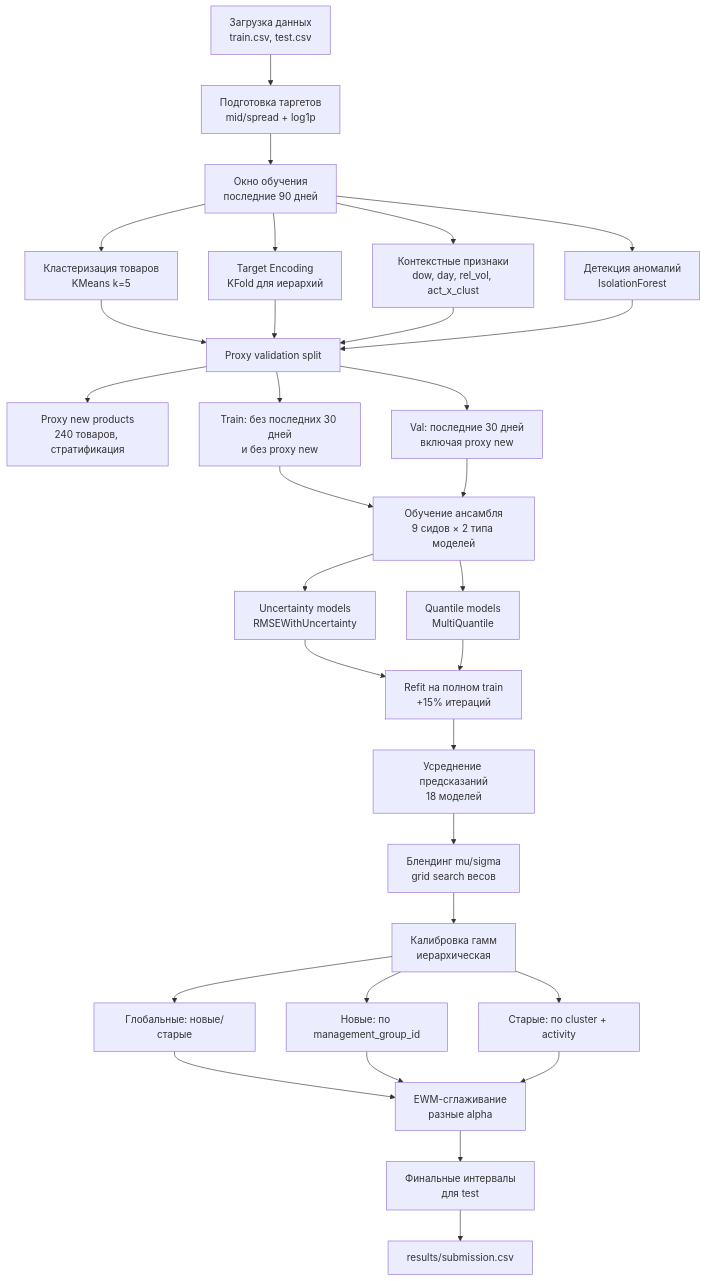
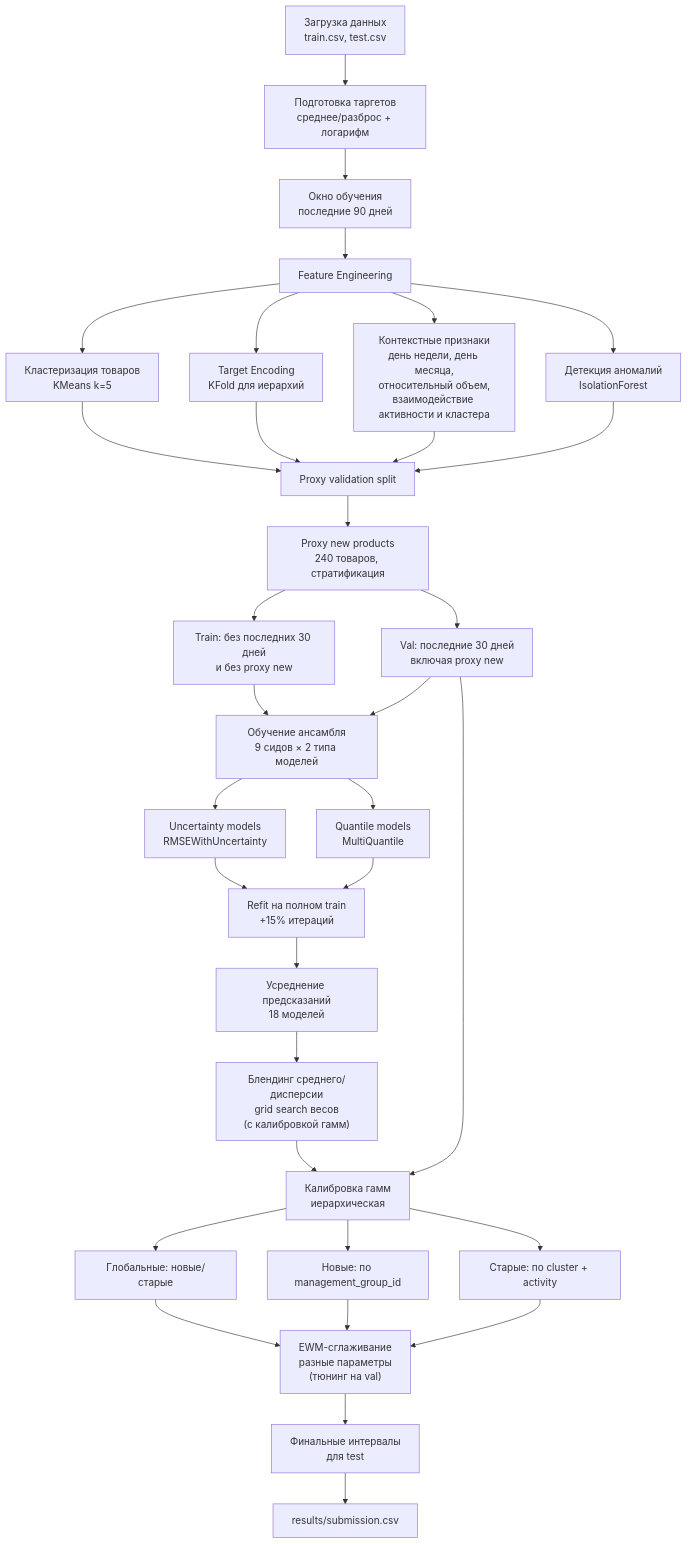
Before and after one commit to maxlyara1/Maksim_Lyara: the diagram in README.md, drawn with Mermaid.

Commit message:
mermaid improved

````diff
--- a/README.md
+++ b/README.md
@@ -50,42 +50,45 @@
 ```mermaid
 flowchart TD
-    A["Загрузка данных<br/>train.csv, test.csv"] --> B["Подготовка таргетов<br/>mid/spread + log1p"]
+    A["Загрузка данных<br/>train.csv, test.csv"] --> B["Подготовка таргетов<br/>среднее/разброс + логарифм"]
     B --> C["Окно обучения<br/>последние 90 дней"]
-    C --> D1["Кластеризация товаров<br/>KMeans k=5"]
-    C --> D2["Target Encoding<br/>KFold для иерархий"]
-    C --> D3["Контекстные признаки<br/>dow, day, rel_vol, act_x_clust"]
-    C --> D4["Детекция аномалий<br/>IsolationForest"]
+    C --> D["Feature Engineering"]
+    
+    D --> D1["Кластеризация товаров<br/>KMeans k=5"]
+    D --> D2["Target Encoding<br/>KFold для иерархий"]
+    D --> D3["Контекстные признаки<br/>день недели, день месяца,<br/>относительный объем,<br/>взаимодействие активности и кластера"]
+    D --> D4["Детекция аномалий<br/>IsolationForest"]
     
     D1 --> E["Proxy validation split"]
     D2 --> E
     D3 --> E
     D4 --> E
     
     E --> E1["Proxy new products<br/>240 товаров, стратификация"]
-    E --> E2["Train: без последних 30 дней<br/>и без proxy new"]
-    E --> E3["Val: последние 30 дней<br/>включая proxy new"]
+    E1 --> E2["Train: без последних 30 дней<br/>и без proxy new"]
+    E1 --> E3["Val: последние 30 дней<br/>включая proxy new"]
     
     E2 --> F["Обучение ансамбля<br/>9 сидов × 2 типа моделей"]
     E3 --> F
+    E3 --> I["Калибровка гамм<br/>иерархическая<br/>(определение новых товаров)"]
     
     F --> F1["Uncertainty models<br/>RMSEWithUncertainty"]
     F --> F2["Quantile models<br/>MultiQuantile"]
     
     F1 --> F3["Refit на полном train<br/>+15% итераций"]
     F2 --> F3
     
     F3 --> G["Усреднение предсказаний<br/>18 моделей"]
-    G --> H["Блендинг mu/sigma<br/>grid search весов"]
+    G --> H["Блендинг среднего/дисперсии<br/>grid search весов<br/>(с калибровкой гамм)"]
     H --> I["Калибровка гамм<br/>иерархическая"]
     
     I --> I1["Глобальные: новые/старые"]
     I --> I2["Новые: по management_group_id"]
     I --> I3["Старые: по cluster + activity"]
     
-    I1 --> J["EWM-сглаживание<br/>разные alpha"]
+    I1 --> J["EWM-сглаживание<br/>разные параметры<br/>(тюнинг на val)"]
     I2 --> J
     I3 --> J
     
     J --> K["Финальные интервалы<br/>для test"]
     K --> L["results/submission.csv"]
 ```
````
